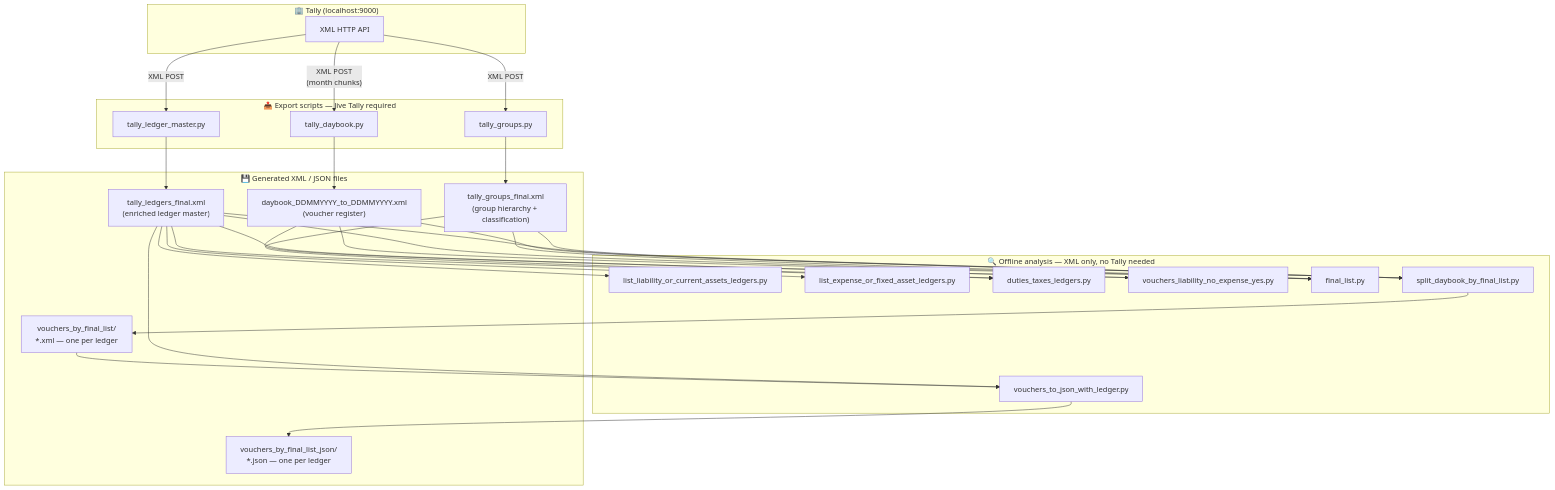
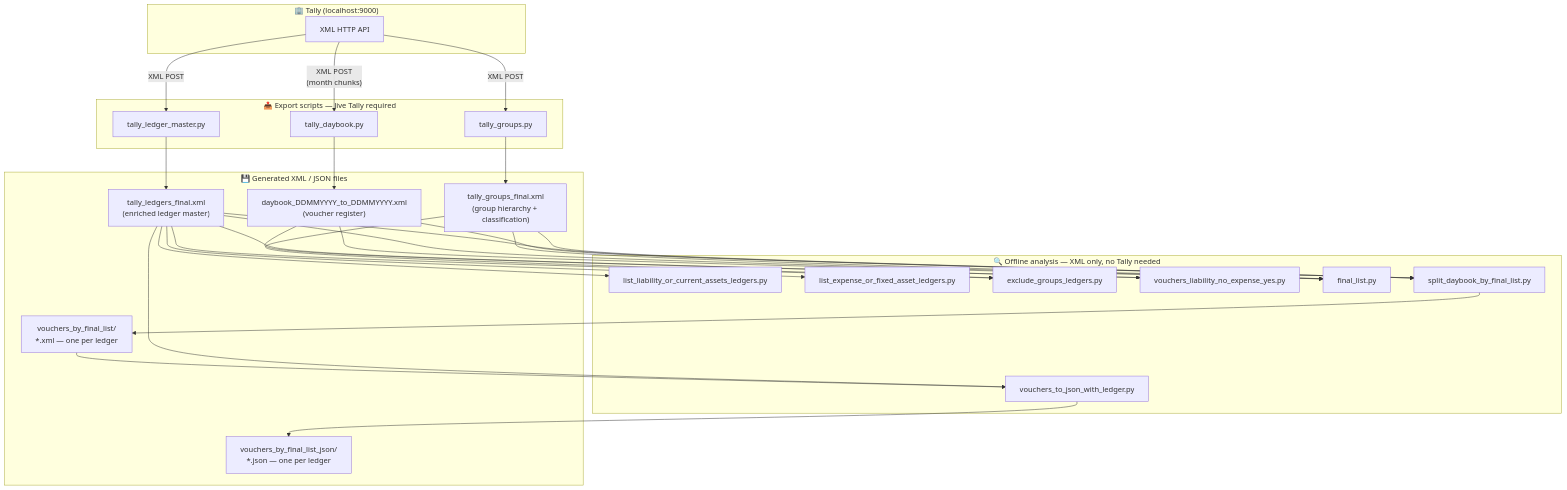
Before and after one commit to Vishall302/Tally-Export: the first of 2 diagrams in README.md, drawn with Mermaid. The commit also changed other lines of this file and 6 other files, not shown here.

````diff
--- a/README.md
+++ b/README.md
@@ -71,55 +71,55 @@
 ```mermaid
 flowchart TB
     subgraph tally["🏢 Tally (localhost:9000)"]
         API["XML HTTP API"]
     end
 
     subgraph export["📤 Export scripts — live Tally required"]
         TG["tally_groups.py"]
         TL["tally_ledger_master.py"]
         TD["tally_daybook.py"]
     end
 
     subgraph files["💾 Generated XML / JSON files"]
         GF["tally_groups_final.xml\n(group hierarchy + classification)"]
         LF["tally_ledgers_final.xml\n(enriched ledger master)"]
         DB["daybook_DDMMYYYY_to_DDMMYYYY.xml\n(voucher register)"]
         VBL["vouchers_by_final_list/\n*.xml — one per ledger"]
         JF["vouchers_by_final_list_json/\n*.json — one per ledger"]
     end
 
     subgraph offline["🔍 Offline analysis — XML only, no Tally needed"]
         LL["list_liability_or_current_assets_ledgers.py"]
         LE["list_expense_or_fixed_asset_ledgers.py"]
-        DT["duties_taxes_ledgers.py"]
+        DT["exclude_groups_ledgers.py"]
         VX["vouchers_liability_no_expense_yes.py"]
         FL["final_list.py"]
         SP["split_daybook_by_final_list.py"]
         VJ["vouchers_to_json_with_ledger.py"]
     end
 
     API -->|"XML POST"| TG
     API -->|"XML POST"| TL
     API -->|"XML POST\n(month chunks)"| TD
 
     TG --> GF
     TL --> LF
     TD --> DB
 
     GF --> DT
     LF --> LL
     LF --> LE
     LF --> DT
     LF --> VX
     DB --> VX
     GF --> FL
     LF --> FL
     DB --> FL
     GF --> SP
     LF --> SP
     DB --> SP
     SP --> VBL
     LF --> VJ
     VBL --> VJ
     VJ --> JF
 ```
````
